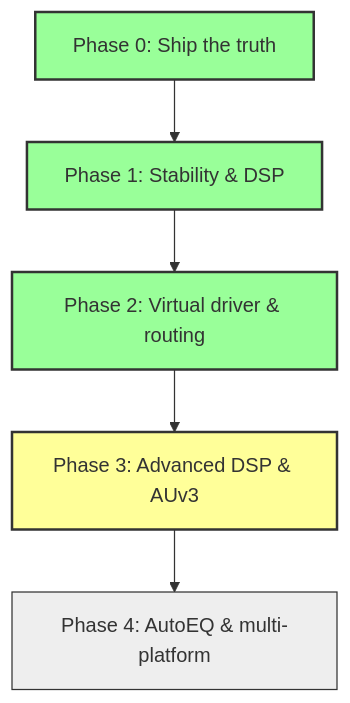
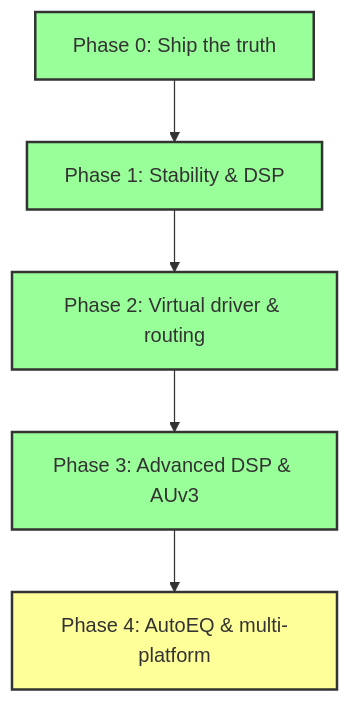
The diagram in docs/MASTER_PLAN.md (oznksc/OpenEQ), drawn with Mermaid before and after one commit. The commit also changed other lines of this file and 15 other files, not shown here.

````diff
--- a/docs/MASTER_PLAN.md
+++ b/docs/MASTER_PLAN.md
@@ -58,15 +64,14 @@
 ```mermaid
 graph TD
     classDef done fill:#9f9,stroke:#333,stroke-width:2px;
     classDef next fill:#ff9,stroke:#333,stroke-width:2px;
     classDef later fill:#eee,stroke:#333,stroke-width:1px;
 
     A[Phase 0: Ship the truth] --> B[Phase 1: Stability & DSP]
     B --> C[Phase 2: Virtual driver & routing]
     C --> D[Phase 3: Advanced DSP & AUv3]
     D --> E[Phase 4: AutoEQ & multi-platform]
 
-    class A,B,C done;
-    class D next;
-    class E later;
+    class A,B,C,D done;
+    class E next;
 ```
````
